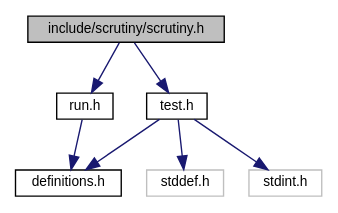
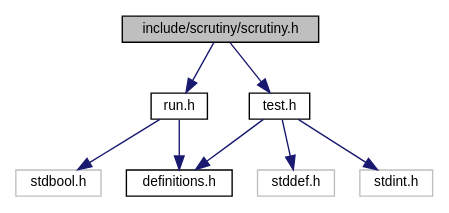
The diagram in docs/scrutiny_8h__incl.dot (nickeldan/scrutiny), drawn with Graphviz before and after one commit. The commit also changed 25 other files, not shown here.

```diff
--- a/docs/scrutiny_8h__incl.dot
+++ b/docs/scrutiny_8h__incl.dot
@@ -1,18 +1,20 @@
 digraph "include/scrutiny/scrutiny.h"
 {
  // LATEX_PDF_SIZE
   edge [fontname="Helvetica",fontsize="10",labelfontname="Helvetica",labelfontsize="10"];
   node [fontname="Helvetica",fontsize="10",shape=record];
   Node1 [label="include/scrutiny/scrutiny.h",height=0.2,width=0.4,color="black", fillcolor="grey75", style="filled", fontcolor="black",tooltip="Master include file."];
   Node1 -> Node2 [color="midnightblue",fontsize="10",style="solid",fontname="Helvetica"];
   Node2 [label="run.h",height=0.2,width=0.4,color="black", fillcolor="white", style="filled",URL="$run_8h.html",tooltip="Defines the runner functionality."];
   Node2 -> Node3 [color="midnightblue",fontsize="10",style="solid",fontname="Helvetica"];
-  Node3 [label="definitions.h",height=0.2,width=0.4,color="black", fillcolor="white", style="filled",URL="$definitions_8h_source.html",tooltip=" "];
-  Node1 -> Node4 [color="midnightblue",fontsize="10",style="solid",fontname="Helvetica"];
-  Node4 [label="test.h",height=0.2,width=0.4,color="black", fillcolor="white", style="filled",URL="$test_8h.html",tooltip="Defines the test macros."];
-  Node4 -> Node5 [color="midnightblue",fontsize="10",style="solid",fontname="Helvetica"];
-  Node5 [label="stddef.h",height=0.2,width=0.4,color="grey75", fillcolor="white", style="filled",tooltip=" "];
-  Node4 -> Node6 [color="midnightblue",fontsize="10",style="solid",fontname="Helvetica"];
-  Node6 [label="stdint.h",height=0.2,width=0.4,color="grey75", fillcolor="white", style="filled",tooltip=" "];
-  Node4 -> Node3 [color="midnightblue",fontsize="10",style="solid",fontname="Helvetica"];
+  Node3 [label="stdbool.h",height=0.2,width=0.4,color="grey75", fillcolor="white", style="filled",tooltip=" "];
+  Node2 -> Node4 [color="midnightblue",fontsize="10",style="solid",fontname="Helvetica"];
+  Node4 [label="definitions.h",height=0.2,width=0.4,color="black", fillcolor="white", style="filled",URL="$definitions_8h_source.html",tooltip=" "];
+  Node1 -> Node5 [color="midnightblue",fontsize="10",style="solid",fontname="Helvetica"];
+  Node5 [label="test.h",height=0.2,width=0.4,color="black", fillcolor="white", style="filled",URL="$test_8h.html",tooltip="Defines the test macros."];
+  Node5 -> Node6 [color="midnightblue",fontsize="10",style="solid",fontname="Helvetica"];
+  Node6 [label="stddef.h",height=0.2,width=0.4,color="grey75", fillcolor="white", style="filled",tooltip=" "];
+  Node5 -> Node7 [color="midnightblue",fontsize="10",style="solid",fontname="Helvetica"];
+  Node7 [label="stdint.h",height=0.2,width=0.4,color="grey75", fillcolor="white", style="filled",tooltip=" "];
+  Node5 -> Node4 [color="midnightblue",fontsize="10",style="solid",fontname="Helvetica"];
 }
```
